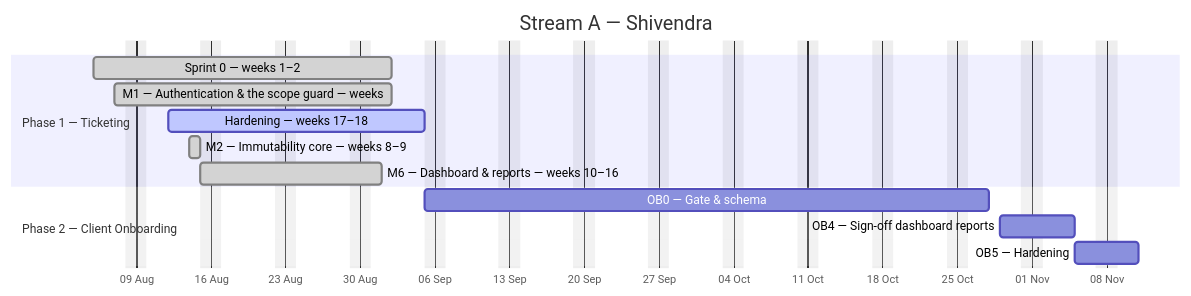
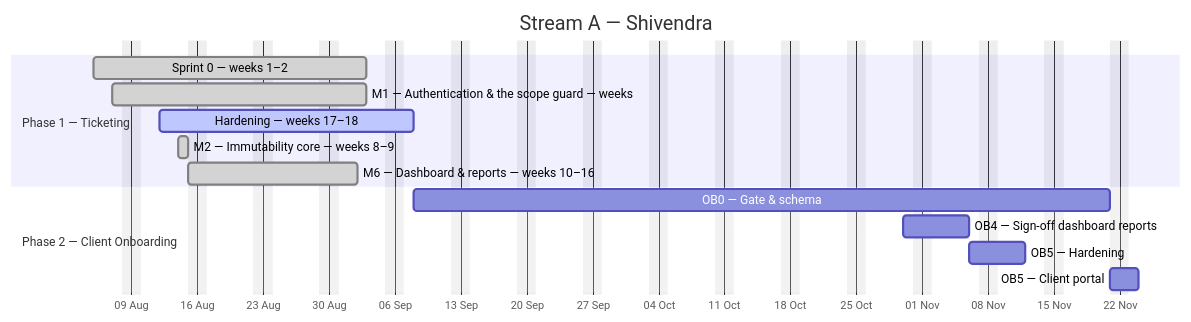
The first of 4 diagrams in docs/plan/GANTT.md (debashisedunext/EduTrack), drawn with Mermaid before and after one commit. The commit also changed other lines of this file and 9 other files, not shown here.

First line of the commit message:
docs(onboarding): v1.1 replan — per-product journeys, prerequisites gate, client portal — and the phase-2 schedule to match

````diff
--- a/docs/plan/GANTT.md
+++ b/docs/plan/GANTT.md
@@ -146,17 +142,18 @@
 ```mermaid
 gantt
     dateFormat YYYY-MM-DD
     axisFormat %d %b
     title Stream A — Shivendra
     excludes weekends
     section Phase 1 — Ticketing
-    Sprint 0 — weeks 1–2 :done, a0, 2026-08-05, 20d
-    M1 — Authentication & the scope guard — weeks :done, a1, 2026-08-07, 18d
-    Hardening — weeks 17–18 :active, a2, 2026-08-12, 18d
+    Sprint 0 — weeks 1–2 :done, a0, 2026-08-05, 21d
+    M1 — Authentication & the scope guard — weeks :done, a1, 2026-08-07, 19d
+    Hardening — weeks 17–18 :active, a2, 2026-08-12, 19d
     M2 — Immutability core — weeks 8–9 :done, a3, 2026-08-14, 1d
-    M6 — Dashboard & reports — weeks 10–16 :done, a4, 2026-08-15, 12d
+    M6 — Dashboard & reports — weeks 10–16 :done, a4, 2026-08-15, 13d
     section Phase 2 — Client Onboarding
-    OB0 — Gate & schema :a5, 2026-09-05, 38d
-    OB4 — Sign-off  dashboard  reports :a6, 2026-10-29, 5d
-    OB5 — Hardening :a7, 2026-11-05, 4d
+    OB0 — Gate & schema :a5, 2026-09-08, 54d
+    OB4 — Sign-off  dashboard  reports :a6, 2026-10-30, 5d
+    OB5 — Hardening :a7, 2026-11-06, 4d
+    OB5 — Client portal :a8, 2026-11-21, 2d
 ```
````
